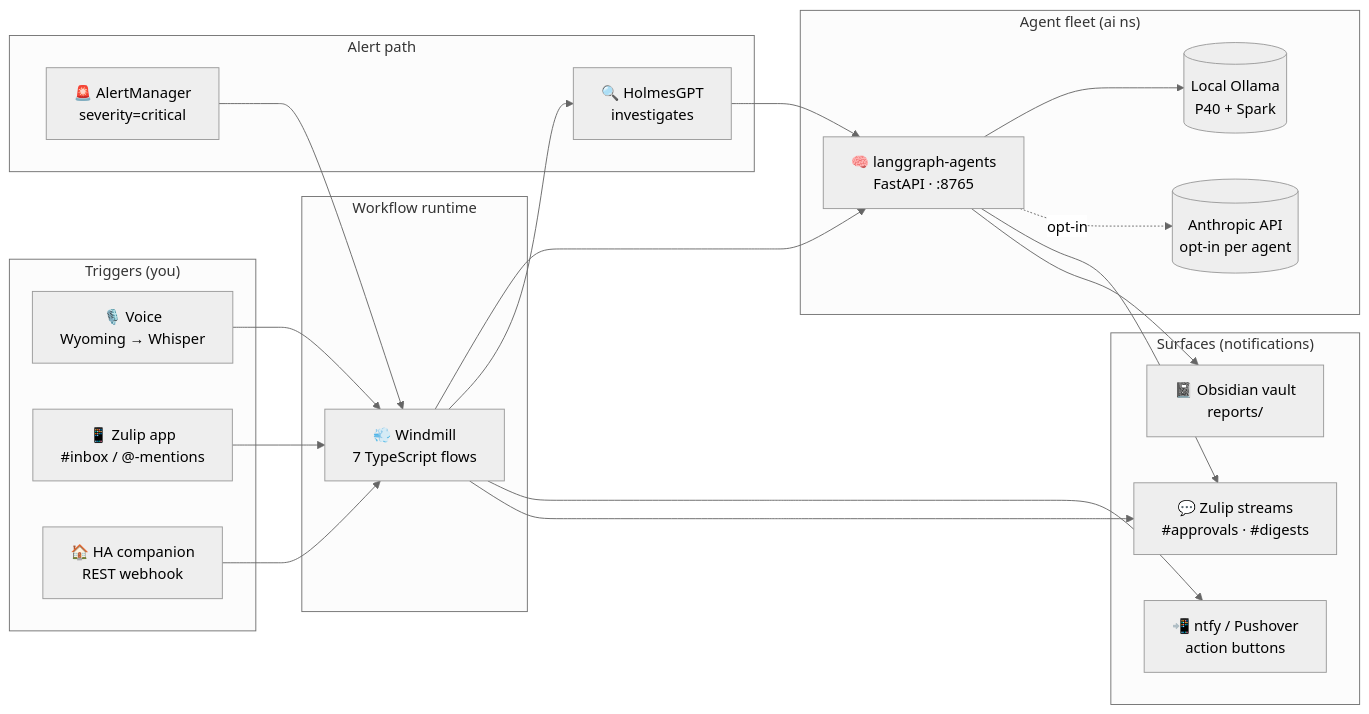
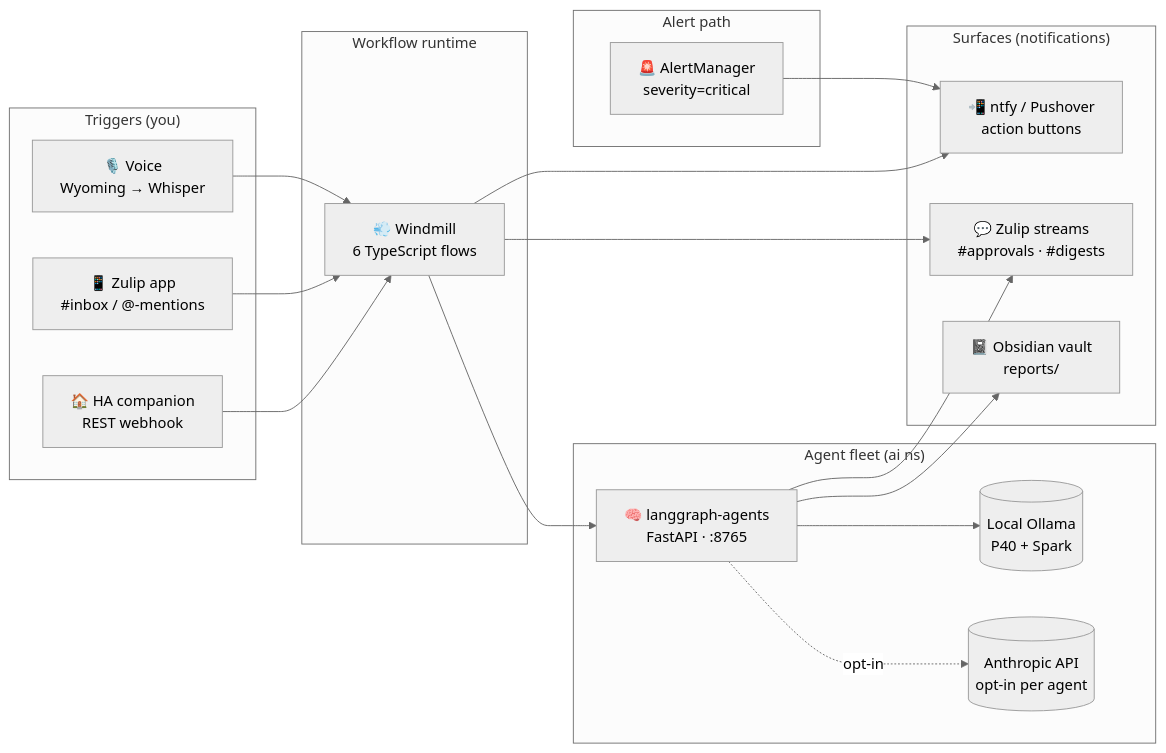
Before and after one commit to rwlove/home-ops: the first of 2 diagrams in docs/src/workflow_automation.md, drawn with Mermaid (neutral theme). The commit also changed other lines of this file and 32 other files, not shown here.

First line of the commit message:
fix(observability): remove HolmesGPT deployment (no value delivered)

````diff
--- a/docs/src/workflow_automation.md
+++ b/docs/src/workflow_automation.md
@@ -15,41 +15,38 @@
 ```mermaid
 flowchart LR
     subgraph "Triggers (you)"
         Voice[🎙️ Voice<br/>Wyoming → Whisper]
         ZulipApp[📱 Zulip app<br/>#inbox / @-mentions]
         HAApp[🏠 HA companion<br/>REST webhook]
     end
 
     subgraph "Workflow runtime"
-        Windmill[💨 Windmill<br/>7 TypeScript flows]
+        Windmill[💨 Windmill<br/>6 TypeScript flows]
     end
 
     subgraph "Agent fleet (ai ns)"
         LG[🧠 langgraph-agents<br/>FastAPI · :8765]
         Ollama[(Local Ollama<br/>P40 + Spark)]
         Claude[(Anthropic API<br/>opt-in per agent)]
     end
 
     subgraph "Surfaces (notifications)"
         Push[📲 ntfy / Pushover<br/>action buttons]
         ZulipStream[💬 Zulip streams<br/>#approvals · #digests]
         Vault[📓 Obsidian vault<br/>reports/]
     end
 
     subgraph "Alert path"
         AM[🚨 AlertManager<br/>severity=critical]
-        Holmes[🔍 HolmesGPT<br/>investigates]
     end
 
     Voice & ZulipApp & HAApp --> Windmill
-    AM --> Windmill
+    AM --> Push
     Windmill --> LG
-    Windmill --> Holmes
-    Holmes --> LG
     LG --> Ollama
     LG -. opt-in .-> Claude
     Windmill --> Push
     Windmill --> ZulipStream
     LG --> ZulipStream
     LG --> Vault
 ```
````
